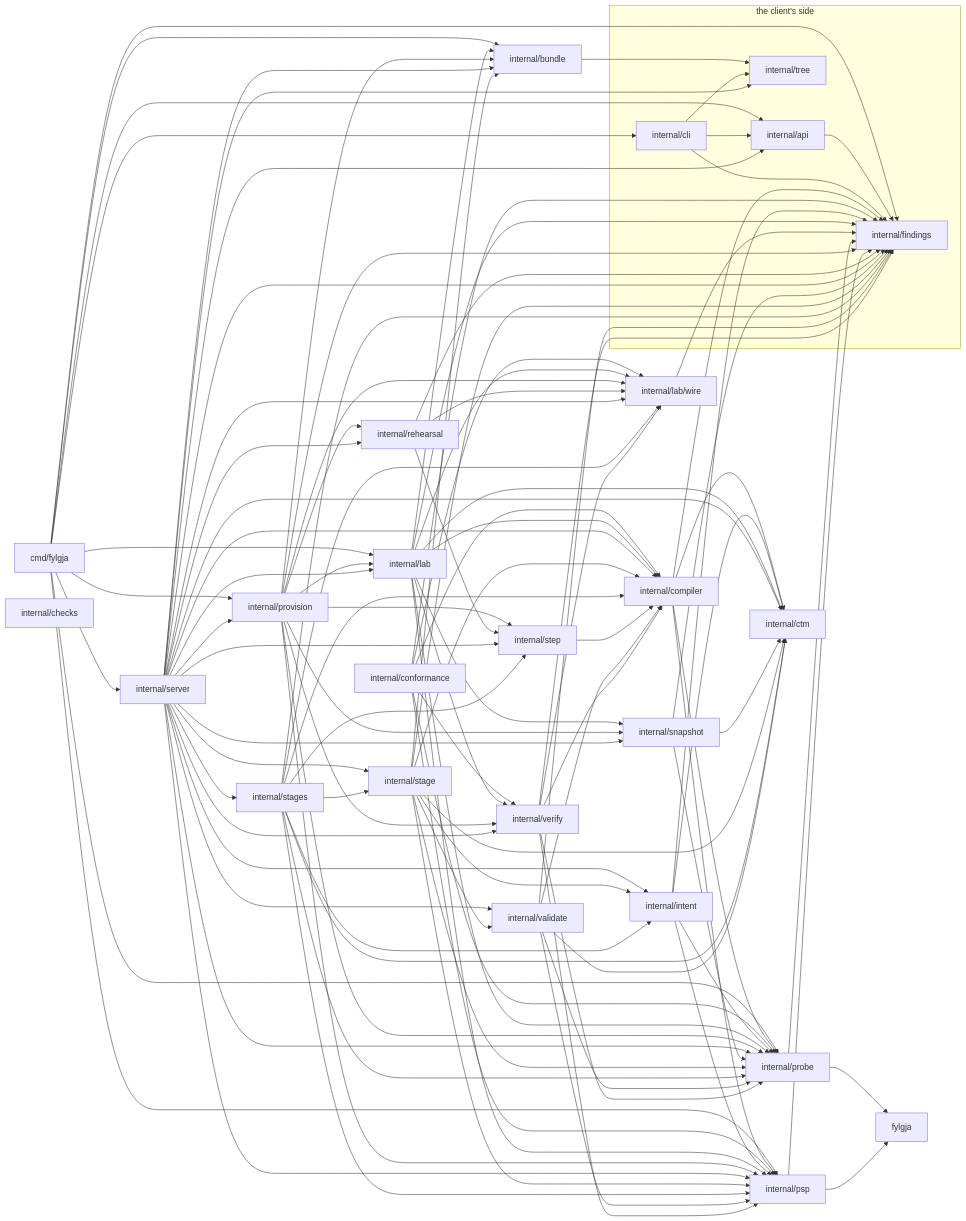
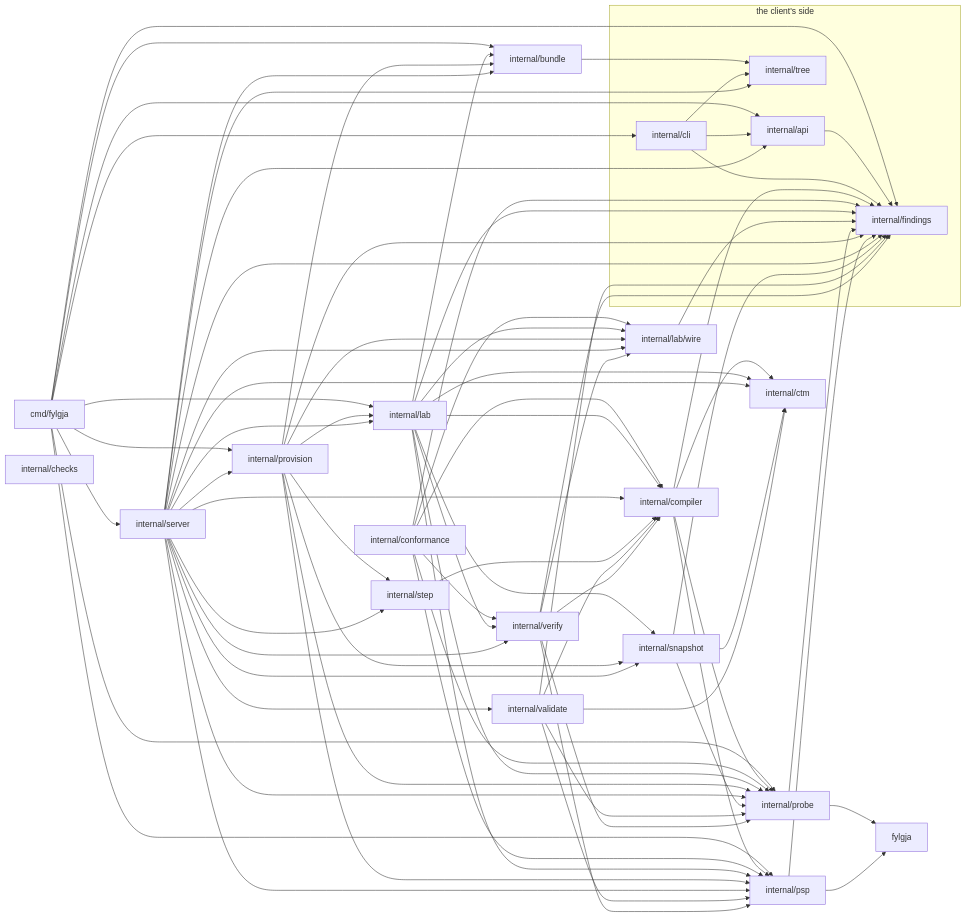
Before and after one commit to happypathnetworking/fylgja: the diagram in docs/development.md, drawn with Mermaid. The commit also changed other lines of this file and 1 other file, not shown here.

```diff
--- a/docs/development.md
+++ b/docs/development.md
@@ -438,17 +488,13 @@
     internal_compiler["internal/compiler"]
     internal_conformance["internal/conformance"]
     internal_ctm["internal/ctm"]
-    internal_intent["internal/intent"]
     internal_lab["internal/lab"]
     internal_lab_wire["internal/lab/wire"]
     internal_probe["internal/probe"]
     internal_provision["internal/provision"]
     internal_psp["internal/psp"]
-    internal_rehearsal["internal/rehearsal"]
     internal_server["internal/server"]
     internal_snapshot["internal/snapshot"]
-    internal_stage["internal/stage"]
-    internal_stages["internal/stages"]
     internal_step["internal/step"]
     internal_validate["internal/validate"]
     internal_verify["internal/verify"]
@@ -476,10 +522,6 @@
     internal_conformance --> internal_probe
     internal_conformance --> internal_psp
     internal_conformance --> internal_verify
-    internal_intent --> internal_ctm
-    internal_intent --> internal_findings
-    internal_intent --> internal_probe
-    internal_intent --> internal_psp
     internal_lab --> internal_bundle
     internal_lab --> internal_compiler
     internal_lab --> internal_ctm
@@ -498,30 +540,21 @@
     internal_provision --> internal_lab_wire
     internal_provision --> internal_probe
     internal_provision --> internal_psp
-    internal_provision --> internal_rehearsal
     internal_provision --> internal_snapshot
     internal_provision --> internal_step
-    internal_provision --> internal_verify
     internal_psp --> fylgja
     internal_psp --> internal_findings
-    internal_rehearsal --> internal_findings
-    internal_rehearsal --> internal_lab_wire
-    internal_rehearsal --> internal_step
     internal_server --> internal_api
     internal_server --> internal_bundle
     internal_server --> internal_compiler
     internal_server --> internal_ctm
     internal_server --> internal_findings
-    internal_server --> internal_intent
     internal_server --> internal_lab
     internal_server --> internal_lab_wire
     internal_server --> internal_probe
     internal_server --> internal_provision
     internal_server --> internal_psp
-    internal_server --> internal_rehearsal
     internal_server --> internal_snapshot
-    internal_server --> internal_stage
-    internal_server --> internal_stages
     internal_server --> internal_step
     internal_server --> internal_tree
     internal_server --> internal_validate
@@ -529,23 +562,6 @@
     internal_snapshot --> internal_ctm
     internal_snapshot --> internal_findings
     internal_snapshot --> internal_probe
-    internal_stage --> internal_bundle
-    internal_stage --> internal_compiler
-    internal_stage --> internal_ctm
-    internal_stage --> internal_findings
-    internal_stage --> internal_intent
-    internal_stage --> internal_probe
-    internal_stage --> internal_psp
-    internal_stage --> internal_validate
-    internal_stages --> internal_compiler
-    internal_stages --> internal_ctm
-    internal_stages --> internal_findings
-    internal_stages --> internal_intent
-    internal_stages --> internal_lab_wire
-    internal_stages --> internal_probe
-    internal_stages --> internal_psp
-    internal_stages --> internal_stage
-    internal_stages --> internal_step
     internal_step --> internal_compiler
     internal_validate --> internal_compiler
     internal_validate --> internal_ctm
```
